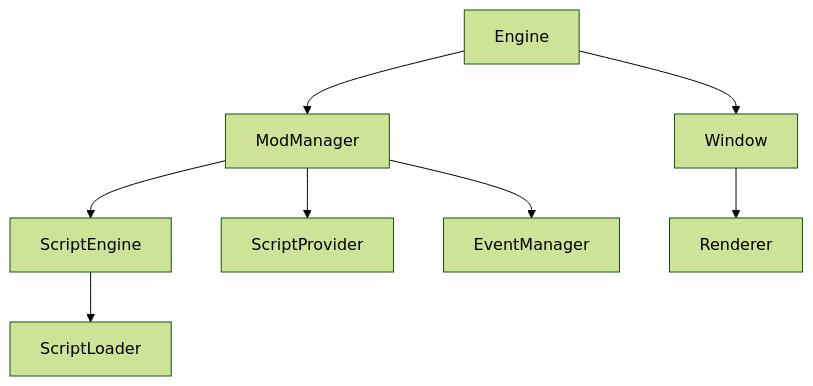
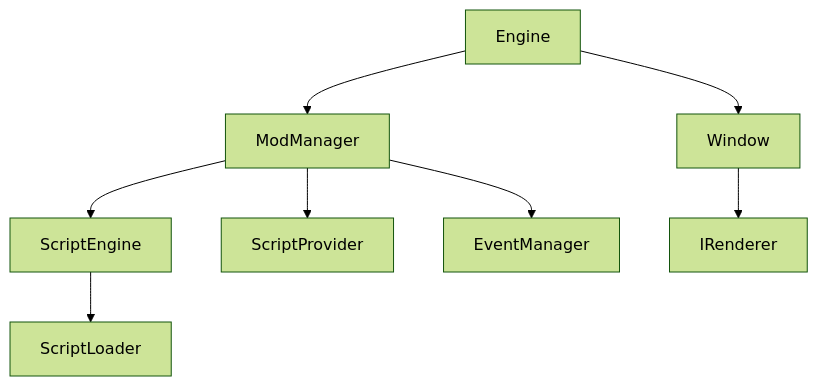
The diagram in Engine.md (JagYayu/death-road-to-canada-together), drawn with Mermaid (forest theme) before and after one commit. The commit also changed other lines of this file and 49 other files, not shown here.

````diff
--- a/Engine.md
+++ b/Engine.md
@@ -9,10 +9,10 @@
 ```mermaid
 graph TD
   Engine --> ModManager
   ModManager --> ScriptEngine
   ScriptEngine --> ScriptLoader
   ModManager --> ScriptProvider
   ModManager --> EventManager
   Engine --> Window
-  Window --> Renderer
+  Window --> IRenderer
 ```
````
